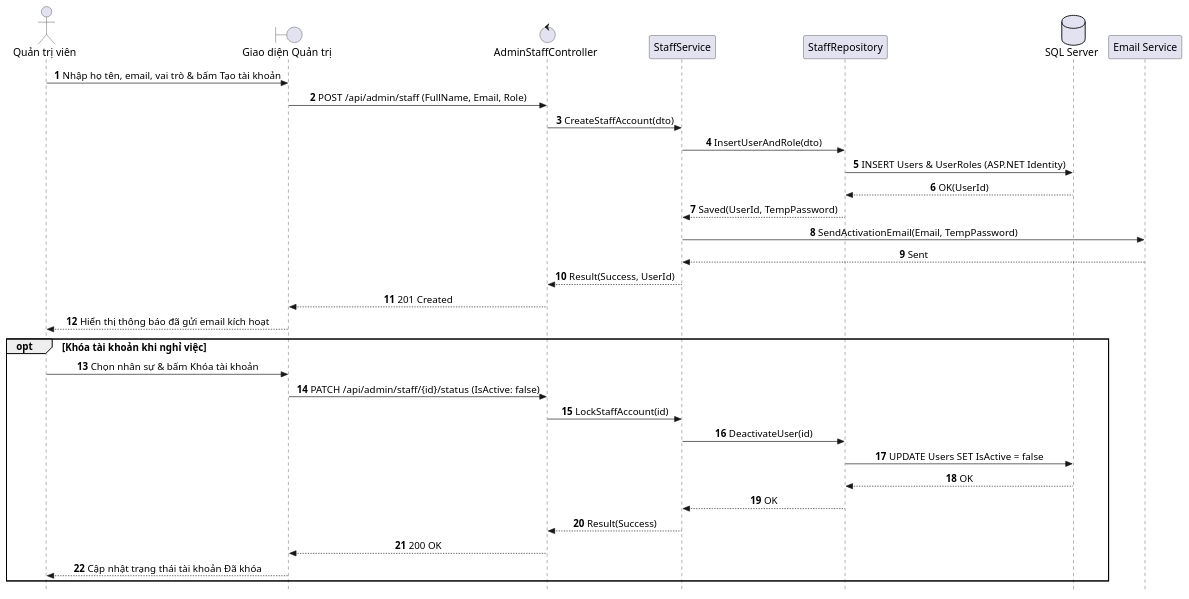
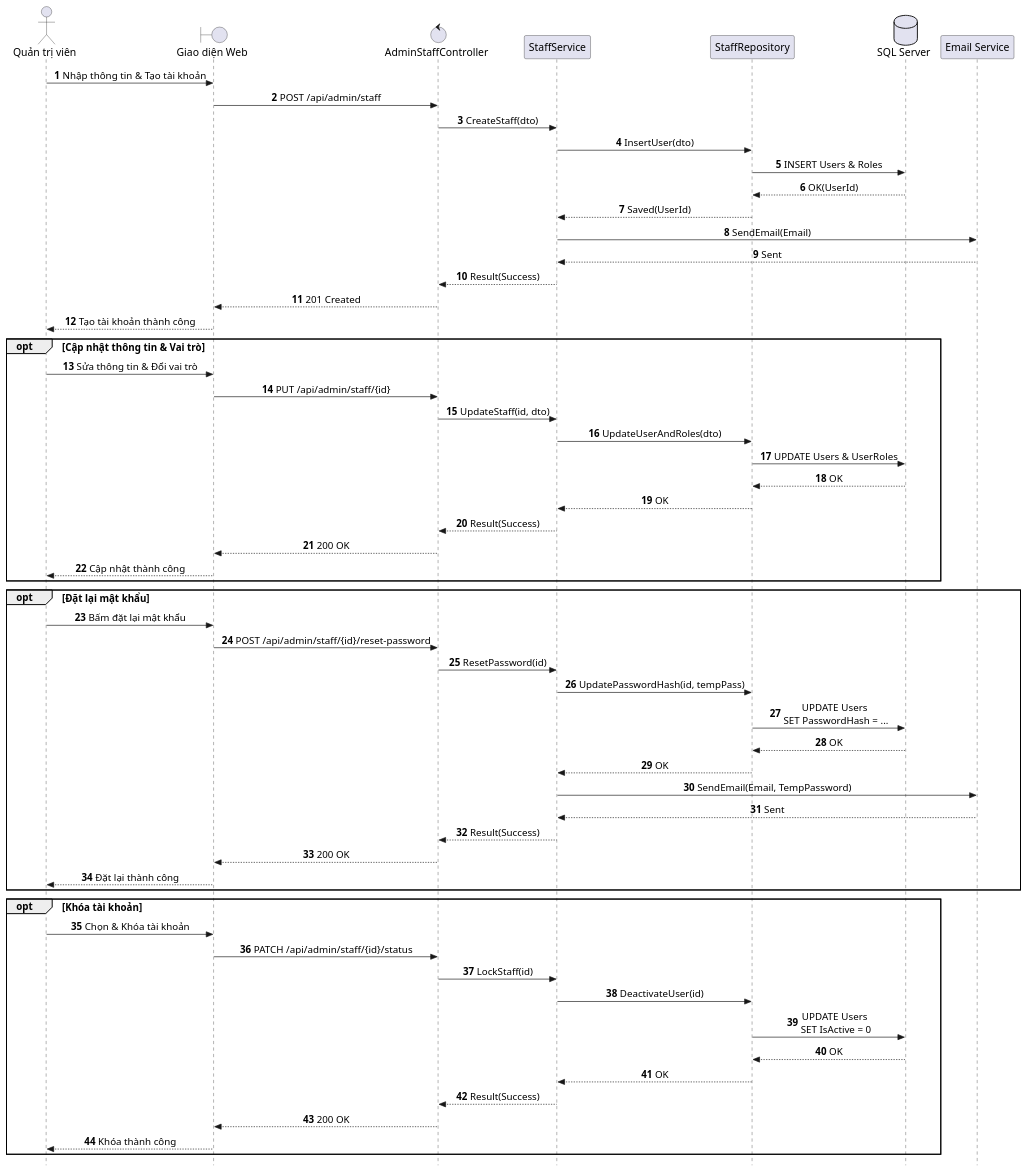
The diagram in docs/use-cases/UC-A4_Quan_Tri_Tai_Khoan_Nhan_Vien.md (AndrewQng/VinDining), drawn with PlantUML before and after one commit. The commit also changed other lines of this file and 87 other files, not shown here.

Commit message:
docs: add phase 1 use case specifications, sequence diagrams, and architecture diagrams

````diff
--- a/docs/use-cases/UC-A4_Quan_Tri_Tai_Khoan_Nhan_Vien.md
+++ b/docs/use-cases/UC-A4_Quan_Tri_Tai_Khoan_Nhan_Vien.md
@@ -1,49 +27,77 @@
 ```plantuml
 @startuml SD_UC_A4_Manage_Staff_Accounts
 autonumber
 skinparam style strictuml
 skinparam sequenceMessageAlign center
 skinparam responseMessageBelowArrow true
 skinparam defaultFontName "Segoe UI", Arial, sans-serif
 skinparam defaultFontSize 16
 skinparam sequenceActorFontSize 16
 skinparam sequenceParticipantFontSize 16
 skinparam sequenceArrowFontSize 15
 skinparam sequenceGroupFontSize 15
 skinparam sequenceGroupHeaderFontSize 15
 
 actor "Quản trị viên" as Admin
-boundary "Giao diện Quản trị" as UI
+boundary "Giao diện Web" as UI
 control "AdminStaffController" as Controller
 participant "StaffService" as Service
 participant "StaffRepository" as Repo
 database "SQL Server" as DB
 participant "Email Service" as MailService
 
-Admin -> UI: Nhập họ tên, email, vai trò & bấm Tạo tài khoản
-UI -> Controller: POST /api/admin/staff (FullName, Email, Role)
-Controller -> Service: CreateStaffAccount(dto)
-Service -> Repo: InsertUserAndRole(dto)
-Repo -> DB: INSERT Users & UserRoles (ASP.NET Identity)
+Admin -> UI: Nhập thông tin & Tạo tài khoản
+UI -> Controller: POST /api/admin/staff
+Controller -> Service: CreateStaff(dto)
+Service -> Repo: InsertUser(dto)
+Repo -> DB: INSERT Users & Roles
 DB --> Repo: OK(UserId)
-Repo --> Service: Saved(UserId, TempPassword)
-Service -> MailService: SendActivationEmail(Email, TempPassword)
+Repo --> Service: Saved(UserId)
+Service -> MailService: SendEmail(Email)
 MailService --> Service: Sent
-Service --> Controller: Result(Success, UserId)
+Service --> Controller: Result(Success)
 Controller --> UI: 201 Created
-UI --> Admin: Hiển thị thông báo đã gửi email kích hoạt
+UI --> Admin: Tạo tài khoản thành công
 
-opt Khóa tài khoản khi nghỉ việc
-    Admin -> UI: Chọn nhân sự & bấm Khóa tài khoản
-    UI -> Controller: PATCH /api/admin/staff/{id}/status (IsActive: false)
-    Controller -> Service: LockStaffAccount(id)
-    Service -> Repo: DeactivateUser(id)
-    Repo -> DB: UPDATE Users SET IsActive = false
+opt Cập nhật thông tin & Vai trò
+    Admin -> UI: Sửa thông tin & Đổi vai trò
+    UI -> Controller: PUT /api/admin/staff/{id}
+    Controller -> Service: UpdateStaff(id, dto)
+    Service -> Repo: UpdateUserAndRoles(dto)
+    Repo -> DB: UPDATE Users & UserRoles
     DB --> Repo: OK
     Repo --> Service: OK
     Service --> Controller: Result(Success)
     Controller --> UI: 200 OK
-    UI --> Admin: Cập nhật trạng thái tài khoản Đã khóa
+    UI --> Admin: Cập nhật thành công
+end
+
+opt Đặt lại mật khẩu
+    Admin -> UI: Bấm đặt lại mật khẩu
+    UI -> Controller: POST /api/admin/staff/{id}/reset-password
+    Controller -> Service: ResetPassword(id)
+    Service -> Repo: UpdatePasswordHash(id, tempPass)
+    Repo -> DB: UPDATE Users \nSET PasswordHash = ...
+    DB --> Repo: OK
+    Repo --> Service: OK
+    Service -> MailService: SendEmail(Email, TempPassword)
+    MailService --> Service: Sent
+    Service --> Controller: Result(Success)
+    Controller --> UI: 200 OK
+    UI --> Admin: Đặt lại thành công
+end
+
+opt Khóa tài khoản
+    Admin -> UI: Chọn & Khóa tài khoản
+    UI -> Controller: PATCH /api/admin/staff/{id}/status
+    Controller -> Service: LockStaff(id)
+    Service -> Repo: DeactivateUser(id)
+    Repo -> DB: UPDATE Users \nSET IsActive = 0
+    DB --> Repo: OK
+    Repo --> Service: OK
+    Service --> Controller: Result(Success)
+    Controller --> UI: 200 OK
+    UI --> Admin: Khóa thành công
 end
 @enduml
 ```
````
